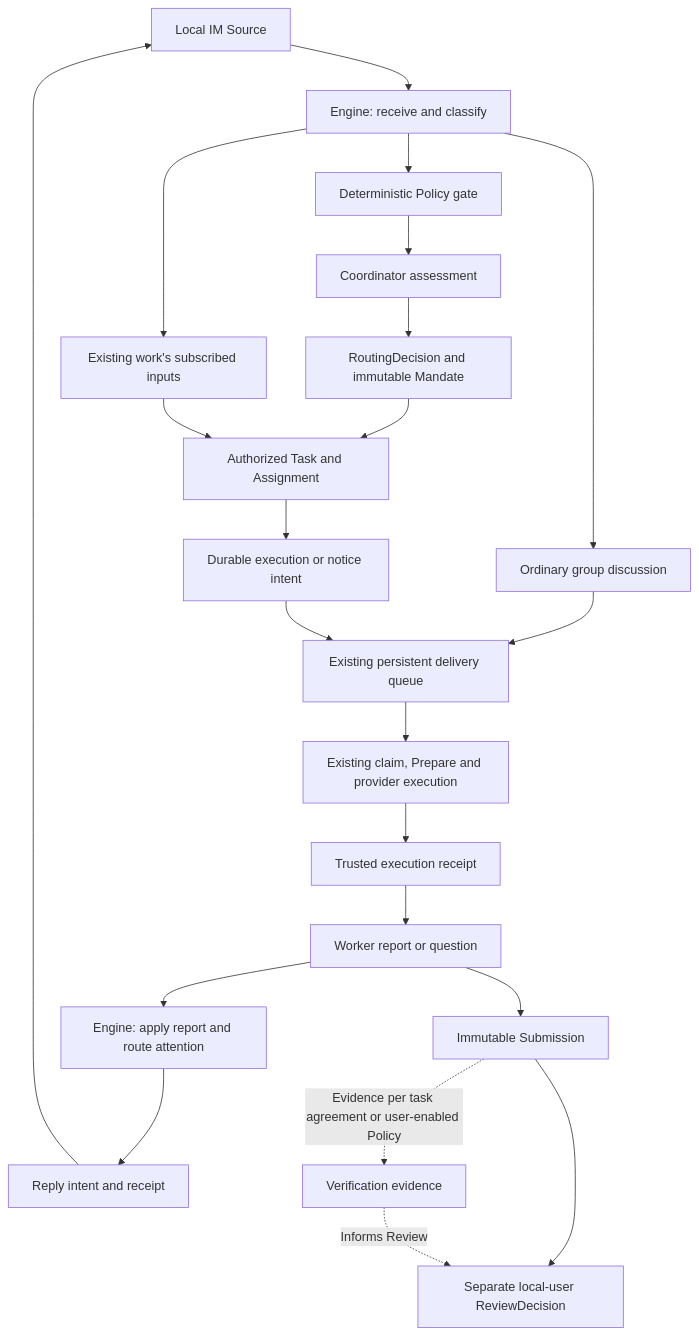
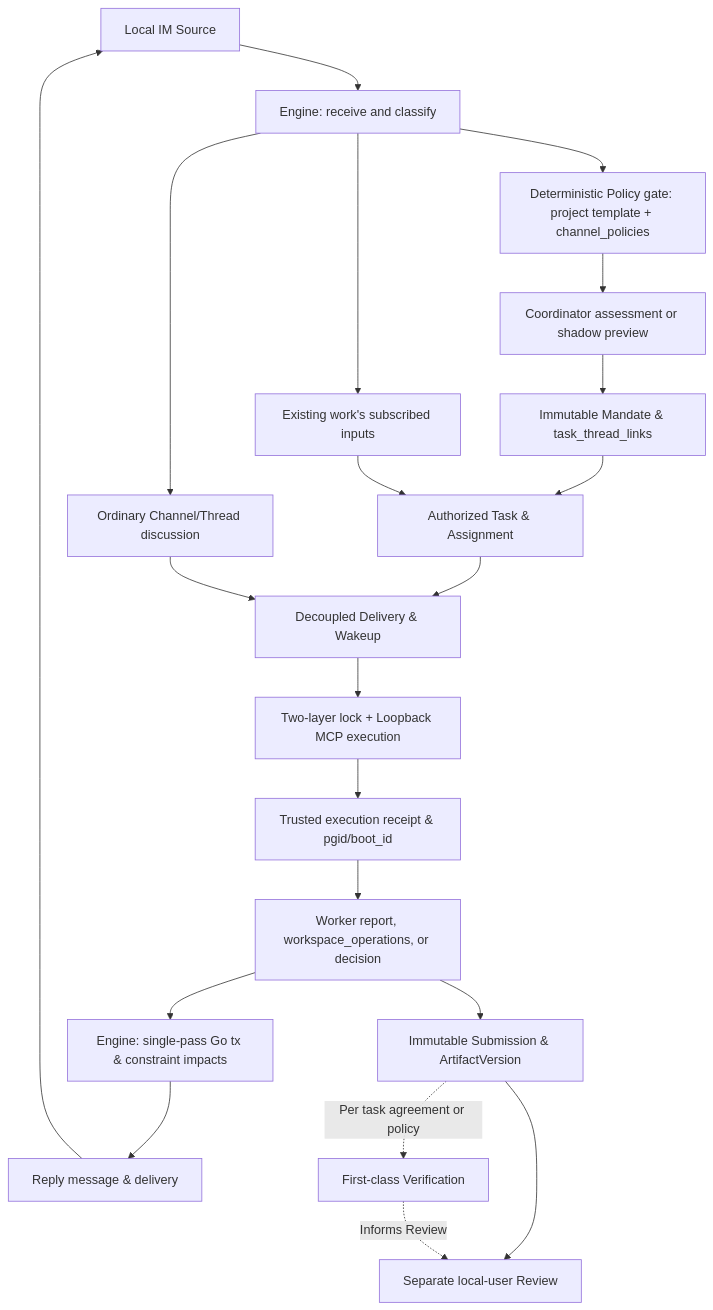
One commit to PeterFile/ct0x changed the diagram in docs/orchestration.md. Above: the diagram before and after it, drawn with Mermaid. The commit also changed other lines of this file and 21 other files, not shown here.

````diff
--- a/docs/orchestration.md
+++ b/docs/orchestration.md
@@ -17,24 +15,23 @@
 ```mermaid
 flowchart TD
     IM[Local IM Source] --> Intake[Engine: receive and classify]
-    Intake --> Discussion[Ordinary group discussion]
+    Intake --> Discussion[Ordinary Channel/Thread discussion]
     Intake --> Follow[Existing work's subscribed inputs]
-    Intake --> Gate[Deterministic Policy gate]
-    Gate --> Assess[Coordinator assessment]
-    Assess --> Decision[RoutingDecision and immutable Mandate]
-    Decision --> Task[Authorized Task and Assignment]
+    Intake --> Gate[Deterministic Policy gate: project template + channel_policies]
+    Gate --> Assess[Coordinator assessment or shadow preview]
+    Assess --> Decision[Immutable Mandate & task_thread_links]
+    Decision --> Task[Authorized Task & Assignment]
     Follow --> Task
-    Task --> Intent[Durable execution or notice intent]
-    Discussion --> Queue[Existing persistent delivery queue]
-    Intent --> Queue
-    Queue --> Runtime[Existing claim, Prepare and provider execution]
-    Runtime --> Receipt[Trusted execution receipt]
-    Receipt --> Report[Worker report or question]
-    Report --> Engine[Engine: apply report and route attention]
-    Engine --> Outbox[Reply intent and receipt]
+    Task --> Wake[Decoupled Delivery & Wakeup]
+    Discussion --> Wake
+    Wake --> Runtime[Two-layer lock + Loopback MCP execution]
+    Runtime --> Receipt[Trusted execution receipt & pgid/boot_id]
+    Receipt --> Report[Worker report, workspace_operations, or decision]
+    Report --> Engine[Engine: single-pass Go tx & constraint impacts]
+    Engine --> Outbox[Reply message & delivery]
     Outbox --> IM
-    Report --> Submission[Immutable Submission]
-    Submission --> Review[Separate local-user ReviewDecision]
-    Submission -. "Evidence per task agreement or user-enabled Policy" .-> Verify[Verification evidence]
+    Report --> Submission[Immutable Submission & ArtifactVersion]
+    Submission -. "Per task agreement or policy" .-> Verify[First-class Verification]
+    Submission --> Review[Separate local-user Review]
     Verify -. "Informs Review" .-> Review
 ```
````
